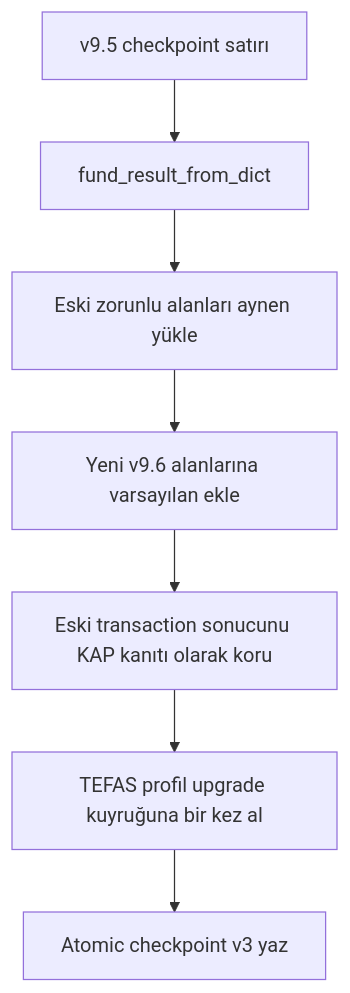
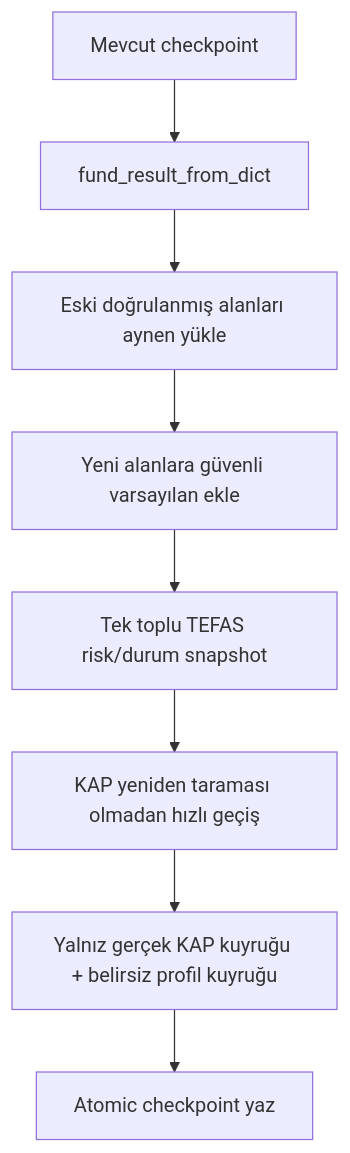
One commit to egemenkarabulut/PiyasaNabzi-KAP-YAT changed the tenth of 18 diagrams in README.md. Above: the diagram before and after it, drawn with Mermaid. The commit also changed other lines of this file and 3 other files, not shown here.

````diff
--- a/README.md
+++ b/README.md
@@ -413,9 +410,10 @@
 ```mermaid
 flowchart TD
-    A["v9.5 checkpoint satırı"] --> B["fund_result_from_dict"]
-    B --> C["Eski zorunlu alanları aynen yükle"]
-    C --> D["Yeni v9.6 alanlarına varsayılan ekle"]
-    D --> E["Eski transaction sonucunu KAP kanıtı olarak koru"]
-    E --> F["TEFAS profil upgrade kuyruğuna bir kez al"]
-    F --> G["Atomic checkpoint v3 yaz"]
+    A["Mevcut checkpoint"] --> B["fund_result_from_dict"]
+    B --> C["Eski doğrulanmış alanları aynen yükle"]
+    C --> D["Yeni alanlara güvenli varsayılan ekle"]
+    D --> E["Tek toplu TEFAS risk/durum snapshot"]
+    E --> F["KAP yeniden taraması olmadan hızlı geçiş"]
+    F --> G["Yalnız gerçek KAP kuyruğu + belirsiz profil kuyruğu"]
+    G --> H["Atomic checkpoint yaz"]
 ```
````
